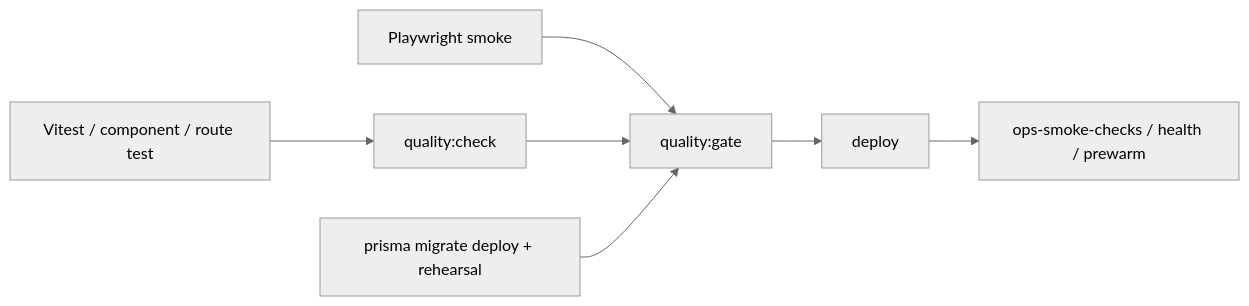
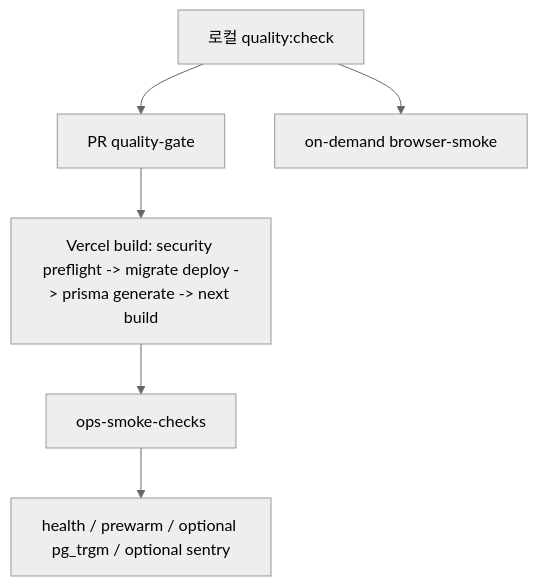
One commit to answndud/townpet changed the diagram in blog/19-testing-and-quality-gate.md. Above: the diagram before and after it, drawn with Mermaid (neutral theme). The commit also changed other lines of this file and 30 other files, not shown here.

First line of the commit message:
[codex] Slim CI workflows and deploy build (#6)

````diff
--- a/blog/19-testing-and-quality-gate.md
+++ b/blog/19-testing-and-quality-gate.md
@@ -60,9 +65,8 @@
 ```mermaid
-flowchart LR
-  A["Vitest / component / route test"] --> B["quality:check"]
-  C["Playwright smoke"] --> D["quality:gate"]
-  B --> D
-  E["prisma migrate deploy + rehearsal"] --> D
-  D --> F["deploy"]
-  F --> G["ops-smoke-checks / health / prewarm"]
+flowchart TD
+  A["로컬 quality:check"] --> B["PR quality-gate"]
+  B --> C["Vercel build: security preflight -> migrate deploy -> prisma generate -> next build"]
+  C --> D["ops-smoke-checks"]
+  A --> E["on-demand browser-smoke"]
+  D --> F["health / prewarm / optional pg_trgm / optional sentry"]
 ```
````
